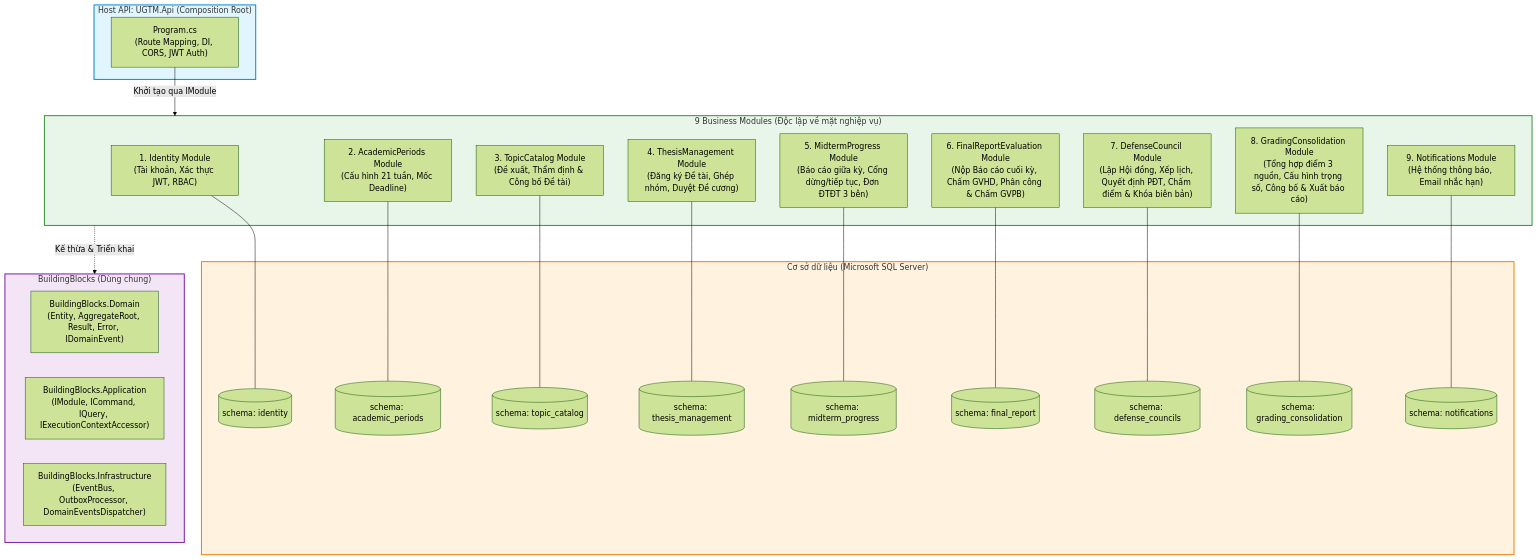
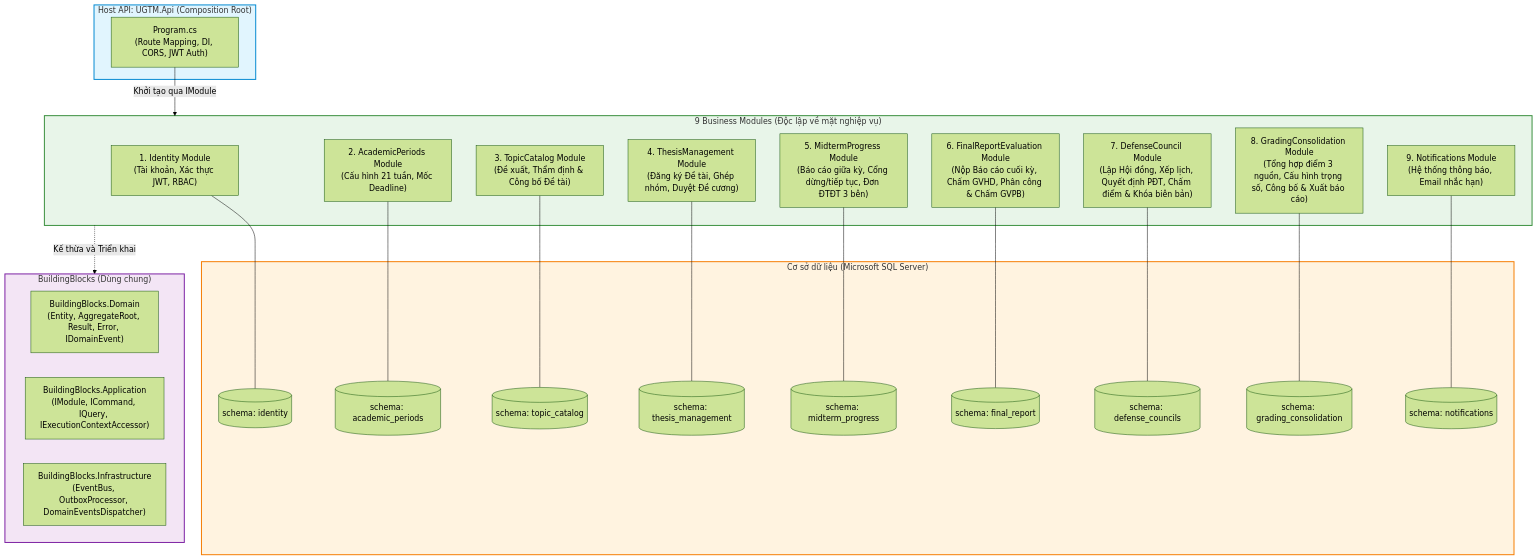
The fourth of 13 diagrams in docs/Architecture.md (karasuma-2401/UGTM), drawn with Mermaid (forest theme) before and after one commit. The commit also changed other lines of this file, not shown here.

Commit message:
fix: diagram part 2

````diff
--- a/docs/Architecture.md
+++ b/docs/Architecture.md
@@ -240,54 +240,54 @@
 ```mermaid
 flowchart TB
     subgraph Host["Host API: UGTM.Api (Composition Root)"]
         Program["Program.cs\n(Route Mapping, DI, CORS, JWT Auth)"]
     end
 
     subgraph BuildingBlocks["BuildingBlocks (Dùng chung)"]
         BBDomain["BuildingBlocks.Domain\n(Entity, AggregateRoot, Result, Error, IDomainEvent)"]
         BBApp["BuildingBlocks.Application\n(IModule, ICommand, IQuery, IExecutionContextAccessor)"]
         BBInfra["BuildingBlocks.Infrastructure\n(EventBus, OutboxProcessor, DomainEventsDispatcher)"]
     end
 
     subgraph Modules["9 Business Modules (Độc lập về mặt nghiệp vụ)"]
         M1["1. Identity Module\n(Tài khoản, Xác thực JWT, RBAC)"]
         M2["2. AcademicPeriods Module\n(Cấu hình 21 tuần, Mốc Deadline)"]
         M3["3. TopicCatalog Module\n(Đề xuất, Thẩm định & Công bố Đề tài)"]
         M4["4. ThesisManagement Module\n(Đăng ký Đề tài, Ghép nhóm, Duyệt Đề cương)"]
         M5["5. MidtermProgress Module\n(Báo cáo giữa kỳ, Cổng dừng/tiếp tục, Đơn ĐTĐT 3 bên)"]
         M6["6. FinalReportEvaluation Module\n(Nộp Báo cáo cuối kỳ, Chấm GVHD, Phân công & Chấm GVPB)"]
         M7["7. DefenseCouncil Module\n(Lập Hội đồng, Xếp lịch, Quyết định PĐT, Chấm điểm & Khóa biên bản)"]
         M8["8. GradingConsolidation Module\n(Tổng hợp điểm 3 nguồn, Cấu hình trọng số, Công bố & Xuất báo cáo)"]
         M9["9. Notifications Module\n(Hệ thống thông báo, Email nhắc hạn)"]
     end
 
     subgraph Storage["Cơ sở dữ liệu (Microsoft SQL Server)"]
         DB1[("schema: identity")]
         DB2[("schema: academic_periods")]
         DB3[("schema: topic_catalog")]
         DB4[("schema: thesis_management")]
         DB5[("schema: midterm_progress")]
         DB6[("schema: final_report")]
         DB7[("schema: defense_councils")]
         DB8[("schema: grading_consolidation")]
         DB9[("schema: notifications")]
     end
 
     Program -->|Khởi tạo qua IModule| Modules
-    Modules -.->|Kế thừa & Triển khai| BuildingBlocks
+    Modules -.->|Kế thừa và Triển khai| BuildingBlocks
     
     M1 --- DB1
     M2 --- DB2
     M3 --- DB3
     M4 --- DB4
     M5 --- DB5
     M6 --- DB6
     M7 --- DB7
     M8 --- DB8
     M9 --- DB9
 
     style Host fill:#e1f5fe,stroke:#0288d1,stroke-width:2px
     style BuildingBlocks fill:#f3e5f5,stroke:#7b1fa2,stroke-width:2px
     style Modules fill:#e8f5e9,stroke:#388e3c,stroke-width:2px
     style Storage fill:#fff3e0,stroke:#f57c00,stroke-width:2px
 ```
````
